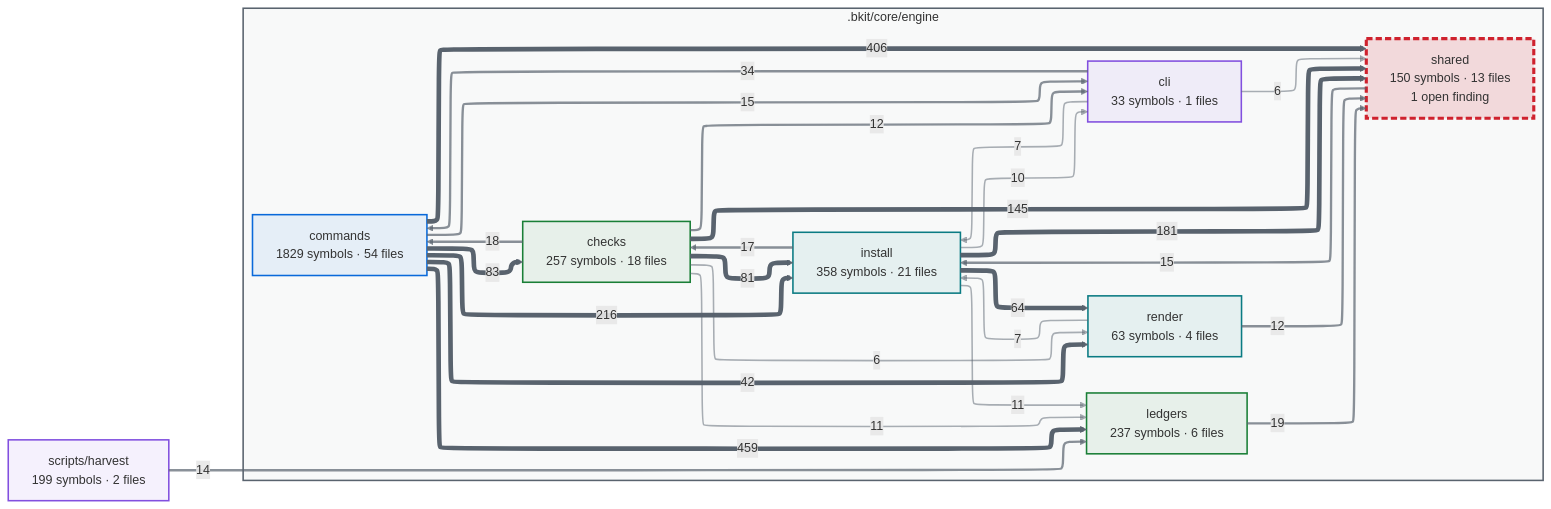
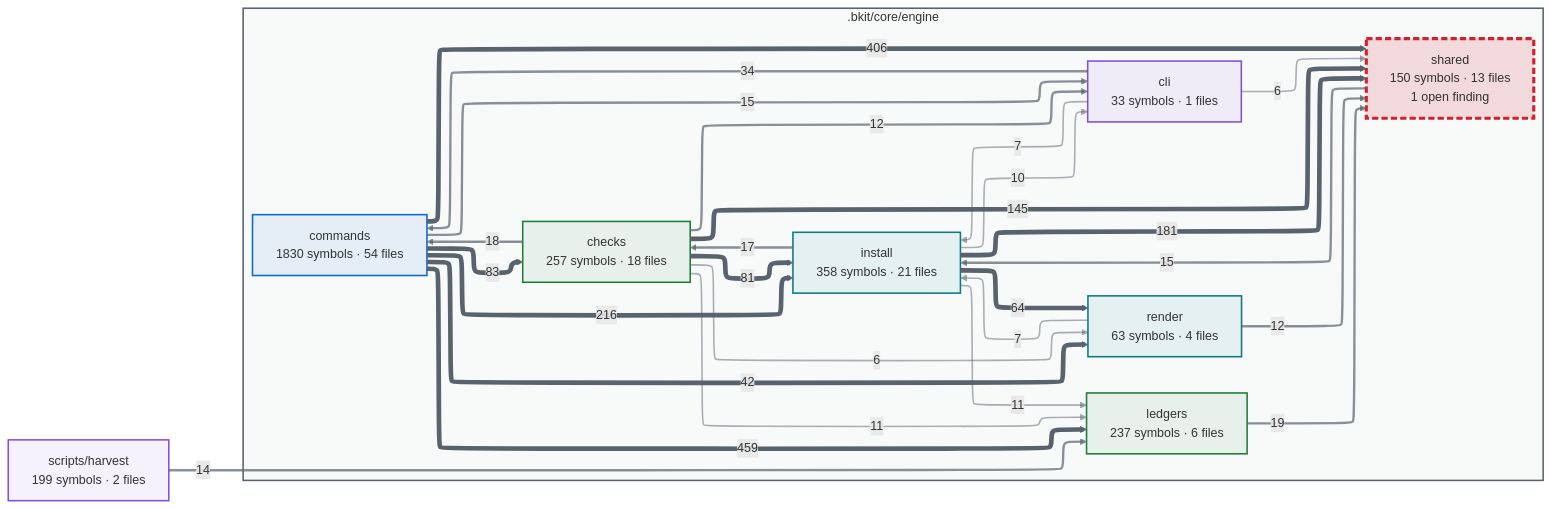
Before and after one commit to cbartens/bkit: the first of 2 diagrams in docs/capabilities.md, drawn with Mermaid. The commit also changed other lines of this file and 6 other files, not shown here.

````diff
--- a/docs/capabilities.md
+++ b/docs/capabilities.md
@@ -154,80 +154,80 @@
 ```mermaid
 ---
 config:
   layout: elk
   themeCSS: "marker { overflow: visible; } marker path { transform: scale(1.8); transform-origin: 5px 5px; }"
   flowchart:
     useMaxWidth: false
 ---
 flowchart LR
   %% Generated by bkit-graphify-rollup.py — do not edit
   subgraph gn_bkit_core_engine[".bkit/core/engine"]
     n_bkit_core_engine_checks["checks<br/>257 symbols · 18 files"]
     n_bkit_core_engine_cli["cli<br/>33 symbols · 1 files"]
-    n_bkit_core_engine_commands["commands<br/>1829 symbols · 54 files"]
+    n_bkit_core_engine_commands["commands<br/>1830 symbols · 54 files"]
     n_bkit_core_engine_install["install<br/>358 symbols · 21 files"]
     n_bkit_core_engine_ledgers["ledgers<br/>237 symbols · 6 files"]
     n_bkit_core_engine_render["render<br/>63 symbols · 4 files"]
     n_bkit_core_engine_shared["shared<br/>150 symbols · 13 files<br/>1 open finding"]
   end
   nscripts_harvest["scripts/harvest<br/>199 symbols · 2 files"]
   n_bkit_core_engine_commands -->|459| n_bkit_core_engine_ledgers
   n_bkit_core_engine_commands -->|406| n_bkit_core_engine_shared
   n_bkit_core_engine_commands -->|216| n_bkit_core_engine_install
   n_bkit_core_engine_install -->|181| n_bkit_core_engine_shared
   n_bkit_core_engine_checks -->|145| n_bkit_core_engine_shared
   n_bkit_core_engine_commands -->|83| n_bkit_core_engine_checks
   n_bkit_core_engine_checks -->|81| n_bkit_core_engine_install
   n_bkit_core_engine_install -->|64| n_bkit_core_engine_render
   n_bkit_core_engine_commands -->|42| n_bkit_core_engine_render
   n_bkit_core_engine_cli -->|34| n_bkit_core_engine_commands
   n_bkit_core_engine_ledgers -->|19| n_bkit_core_engine_shared
   n_bkit_core_engine_checks -->|18| n_bkit_core_engine_commands
   n_bkit_core_engine_install -->|17| n_bkit_core_engine_checks
   n_bkit_core_engine_shared -->|15| n_bkit_core_engine_install
   n_bkit_core_engine_commands -->|15| n_bkit_core_engine_cli
   nscripts_harvest -->|14| n_bkit_core_engine_ledgers
   n_bkit_core_engine_checks -->|12| n_bkit_core_engine_cli
   n_bkit_core_engine_render -->|12| n_bkit_core_engine_shared
   n_bkit_core_engine_checks -->|11| n_bkit_core_engine_ledgers
   n_bkit_core_engine_install -->|11| n_bkit_core_engine_ledgers
   n_bkit_core_engine_install -->|10| n_bkit_core_engine_cli
   n_bkit_core_engine_cli -->|7| n_bkit_core_engine_install
   n_bkit_core_engine_render -->|7| n_bkit_core_engine_install
   n_bkit_core_engine_checks -->|6| n_bkit_core_engine_render
   n_bkit_core_engine_cli -->|6| n_bkit_core_engine_shared
   style gn_bkit_core_engine fill:#59636e0a,stroke:#59636e,stroke-width:2px
   style n_bkit_core_engine_checks stroke:#1a7f37,stroke-width:2px,fill:#1a7f3714
   style n_bkit_core_engine_cli stroke:#8250df,stroke-width:2px,fill:#8250df14
   style n_bkit_core_engine_commands stroke:#0969da,stroke-width:2px,fill:#0969da14
   style n_bkit_core_engine_install stroke:#0a7b83,stroke-width:2px,fill:#0a7b8314
   style n_bkit_core_engine_ledgers stroke:#1a7f37,stroke-width:2px,fill:#1a7f3714
   style n_bkit_core_engine_render stroke:#0a7b83,stroke-width:2px,fill:#0a7b8314
   style n_bkit_core_engine_shared stroke:#cf222e,stroke-width:4px,stroke-dasharray:8 4,fill:#cf222e26
   style nscripts_harvest stroke:#8250df,stroke-width:2px,fill:#8250df14
   linkStyle 0 stroke:#59636e,stroke-width:6px
   linkStyle 1 stroke:#59636e,stroke-width:6px
   linkStyle 2 stroke:#59636e,stroke-width:6px
   linkStyle 3 stroke:#59636e,stroke-width:6px
   linkStyle 4 stroke:#59636e,stroke-width:6px
   linkStyle 5 stroke:#59636e,stroke-width:6px
   linkStyle 6 stroke:#59636e,stroke-width:6px
   linkStyle 7 stroke:#59636e,stroke-width:6px
   linkStyle 8 stroke:#59636e,stroke-width:6px
   linkStyle 9 stroke:#59636eb3,stroke-width:3px
   linkStyle 10 stroke:#59636eb3,stroke-width:3px
   linkStyle 11 stroke:#59636eb3,stroke-width:3px
   linkStyle 12 stroke:#59636eb3,stroke-width:3px
   linkStyle 13 stroke:#59636eb3,stroke-width:3px
   linkStyle 14 stroke:#59636eb3,stroke-width:3px
   linkStyle 15 stroke:#59636eb3,stroke-width:3px
   linkStyle 16 stroke:#59636eb3,stroke-width:3px
   linkStyle 17 stroke:#59636eb3,stroke-width:3px
   linkStyle 18 stroke:#59636e80,stroke-width:2px
   linkStyle 19 stroke:#59636e80,stroke-width:2px
   linkStyle 20 stroke:#59636e80,stroke-width:2px
   linkStyle 21 stroke:#59636e80,stroke-width:2px
   linkStyle 22 stroke:#59636e80,stroke-width:2px
   linkStyle 23 stroke:#59636e80,stroke-width:2px
   linkStyle 24 stroke:#59636e80,stroke-width:2px
 ```
````
